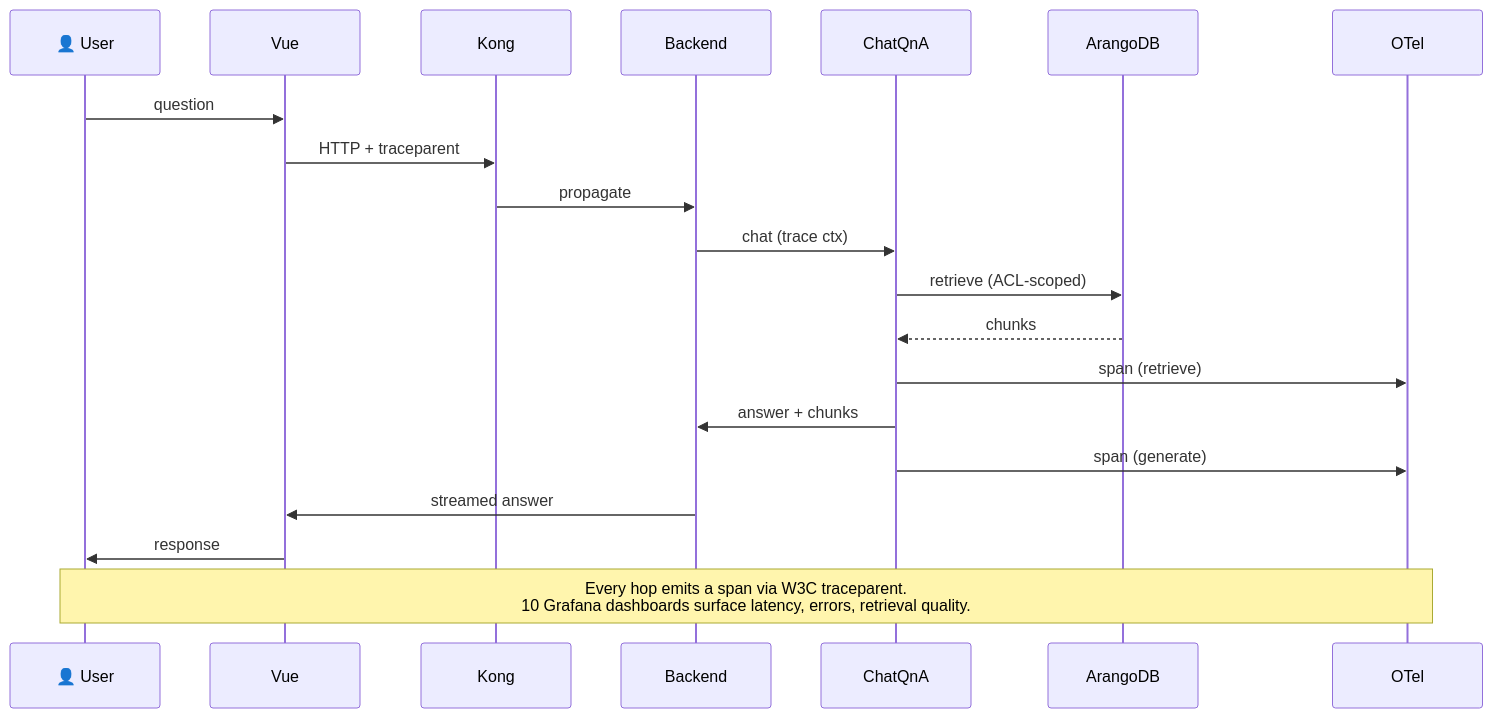
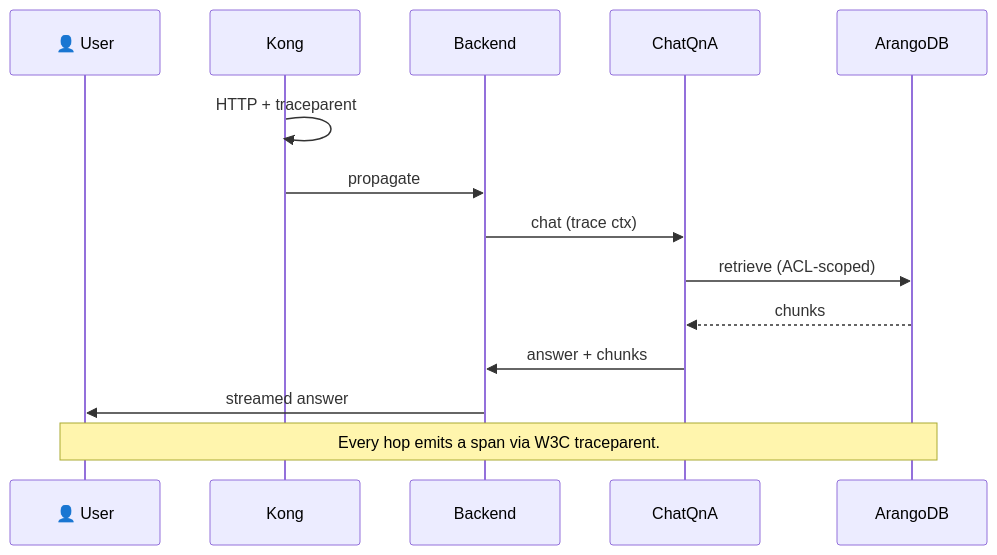
The eighth of 8 diagrams in docs/presentations/genie-ai-sovereign-architecture.md (jrevillard/genie-ai-replica), drawn with Mermaid before and after one commit. The commit also changed other lines of this file and 1 other file, not shown here.

````diff
--- a/docs/presentations/genie-ai-sovereign-architecture.md
+++ b/docs/presentations/genie-ai-sovereign-architecture.md
@@ -594,24 +609,18 @@
 ```mermaid
 sequenceDiagram
   participant U as 👤 User
-  participant FE as Vue
   participant K as Kong
   participant BE as Backend
   participant CQ as ChatQnA
   participant DB as ArangoDB
-  participant OT as OTel
 
-  U->>FE: question
-  FE->>K: HTTP + traceparent
+  K->>K: HTTP + traceparent
   K->>BE: propagate
   BE->>CQ: chat (trace ctx)
   CQ->>DB: retrieve (ACL-scoped)
   DB-->>CQ: chunks
-  CQ->>OT: span (retrieve)
   CQ->>BE: answer + chunks
-  CQ->>OT: span (generate)
-  BE->>FE: streamed answer
-  FE->>U: response
+  BE->>U: streamed answer
 
-  Note over U,OT: Every hop emits a span via W3C traceparent.<br/>10 Grafana dashboards surface latency, errors, retrieval quality.
+  Note over U,DB: Every hop emits a span via W3C traceparent.
 ```
````
